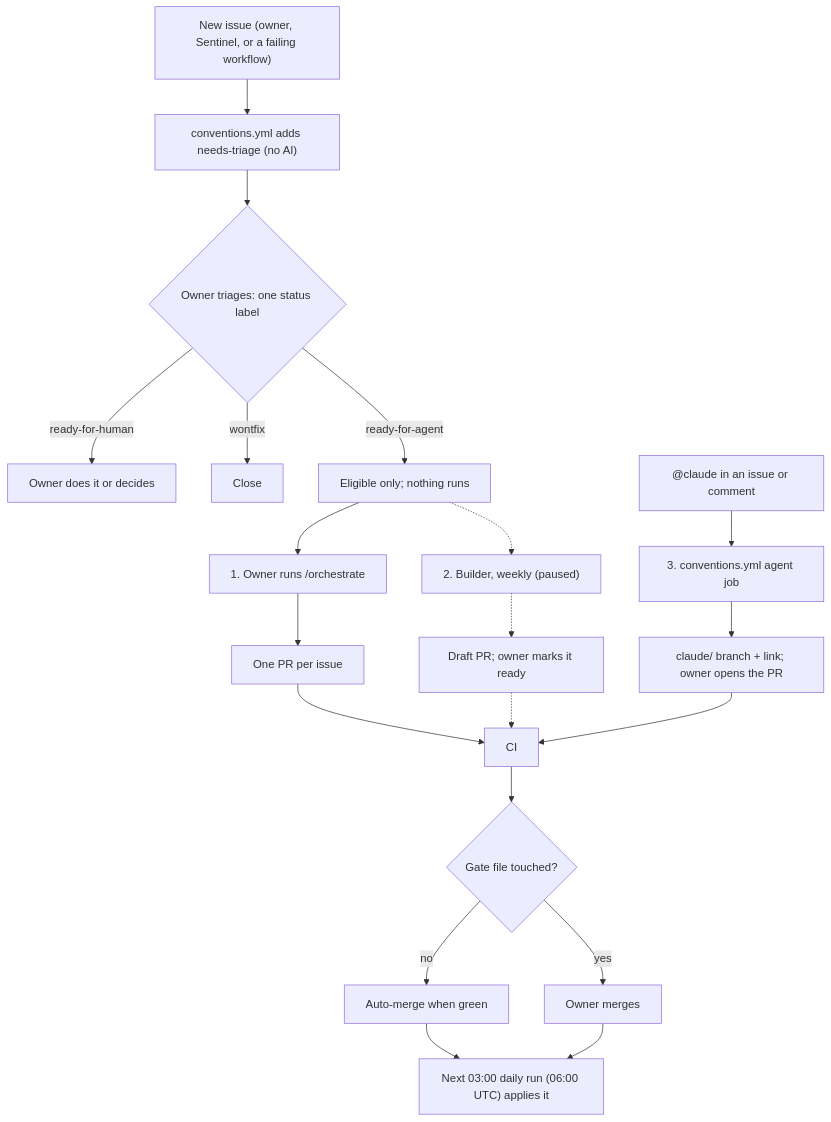
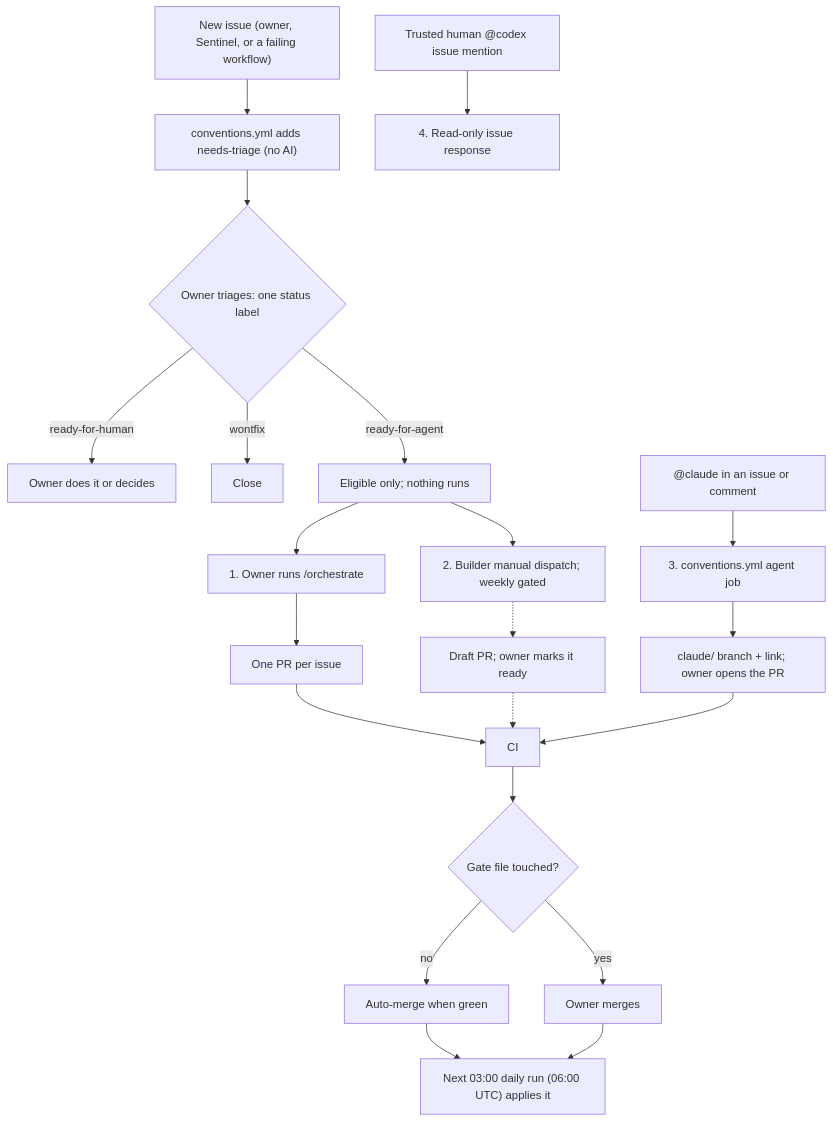
Before and after one commit to PedroDnT/SILO-BZ: the diagram in docs/agents/triage-labels.md, drawn with Mermaid. The commit also changed other lines of this file and 14 other files, not shown here.

Commit message:
Add Codex issue replies and a gated Builder queue (#1080)

````diff
--- a/docs/agents/triage-labels.md
+++ b/docs/agents/triage-labels.md
@@ -54,22 +77,23 @@
 ```mermaid
 flowchart TD
     A["New issue (owner, Sentinel, or a failing workflow)"] --> B["conventions.yml adds needs-triage (no AI)"]
     B --> C{"Owner triages: one status label"}
     C -->|ready-for-human| E["Owner does it or decides"]
     C -->|wontfix| F["Close"]
     C -->|ready-for-agent| G["Eligible only; nothing runs"]
     G --> S1["1. Owner runs /orchestrate"]
-    G -.-> S2["2. Builder, weekly (paused)"]
+    G --> S2["2. Builder manual dispatch; weekly gated"]
     A2["@claude in an issue or comment"] --> S3["3. conventions.yml agent job"]
+    A3["Trusted human @codex issue mention"] --> S4["4. Read-only issue response"]
     S1 --> P1["One PR per issue"]
     S2 -.-> P2["Draft PR; owner marks it ready"]
     S3 --> P3["claude/ branch + link; owner opens the PR"]
     P1 --> CI["CI"]
     P2 -.-> CI
     P3 --> CI
     CI --> M{"Gate file touched?"}
     M -->|no| AM["Auto-merge when green"]
     M -->|yes| YOU["Owner merges"]
     AM --> DB["Next 03:00 daily run (06:00 UTC) applies it"]
     YOU --> DB
 ```
````
